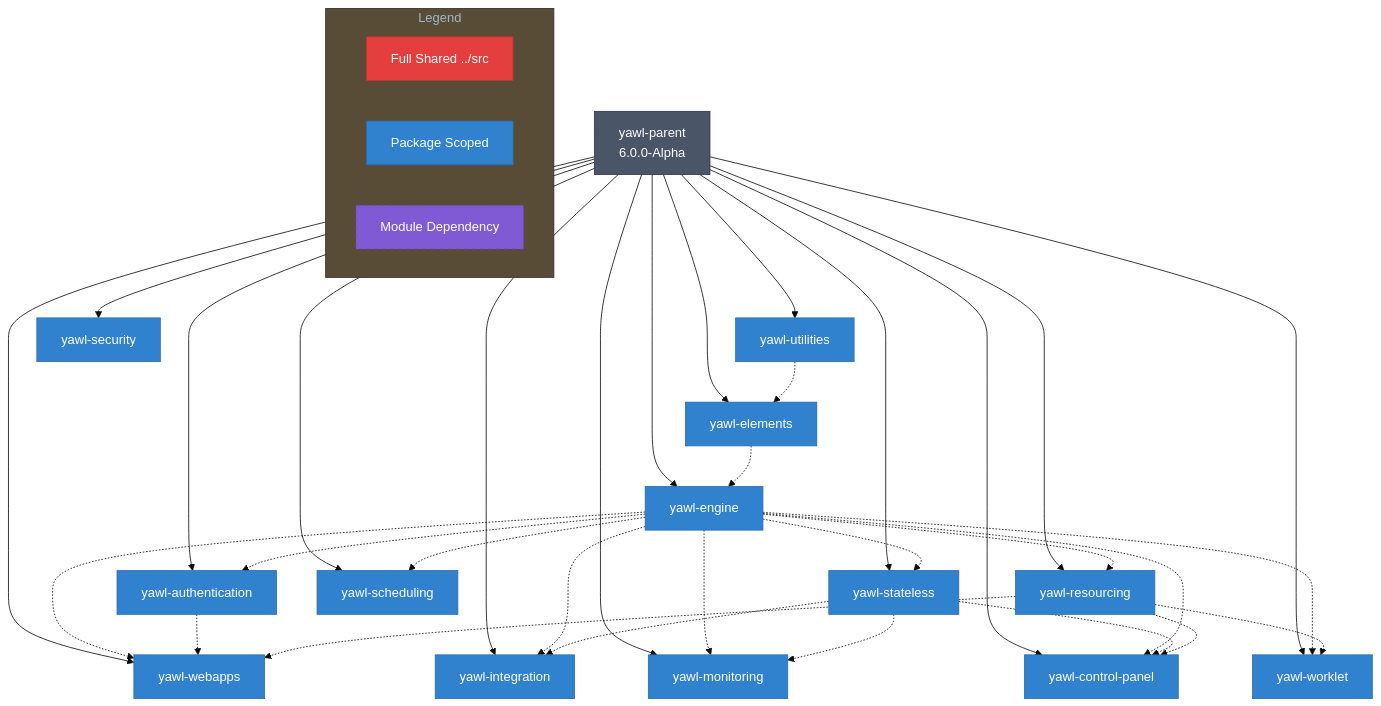
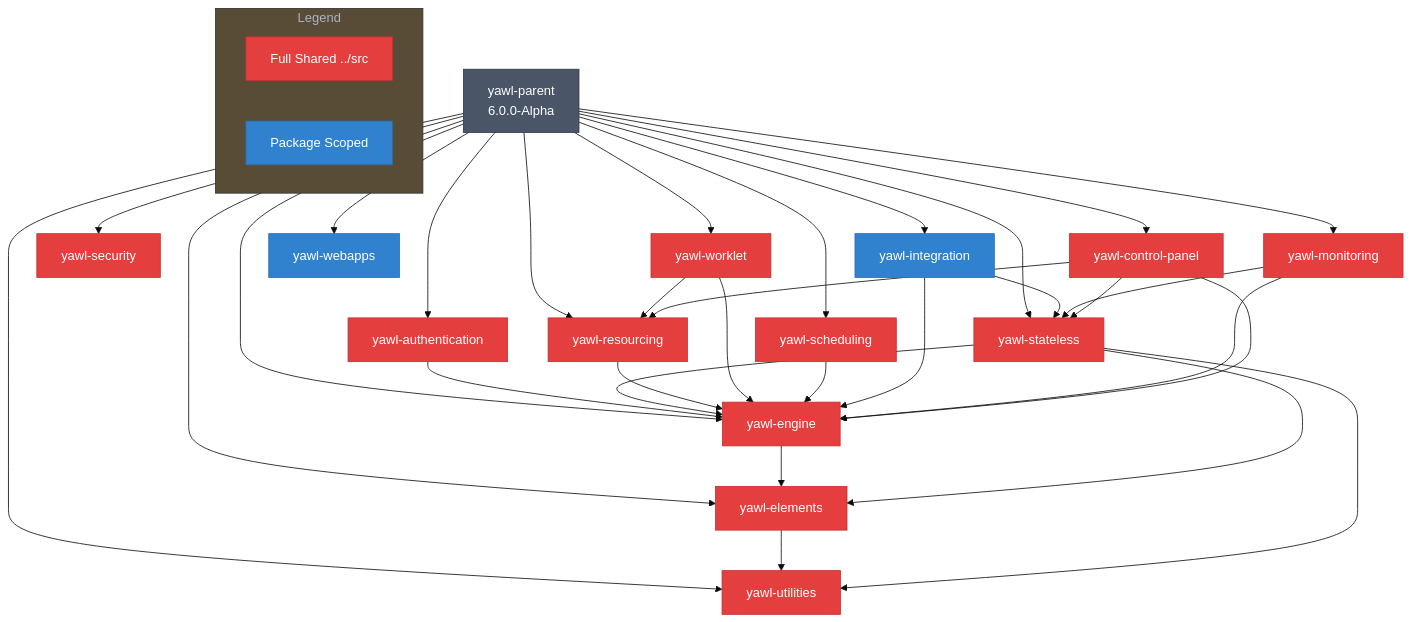
The diagram in docs/v6/latest/diagrams/10-maven-reactor.mmd (seanchatmangpt/yawl), drawn with Mermaid before and after one commit. The commit also changed 16 other files, not shown here.

```diff
--- a/docs/v6/latest/diagrams/10-maven-reactor.mmd
+++ b/docs/v6/latest/diagrams/10-maven-reactor.mmd
@@ -1,83 +1,62 @@
 %%{ init: { 'theme': 'base', 'themeVariables': { 'primaryColor': '#2d3748' } } }%%
 graph TD
     classDef parent fill:#4a5568,stroke:#2d3748,color:#fff
     classDef fullshared fill:#e53e3e,stroke:#c53030,color:#fff
     classDef pkgscoped fill:#3182ce,stroke:#2b6cb0,color:#fff
     classDef infra fill:#38a169,stroke:#2f855a,color:#fff
-    classDef dep fill:#805ad5,stroke:#6b46c1,color:#fff,stroke-dasharray: 5 5
 
     PARENT[yawl-parent<br/>6.0.0-Alpha]:::parent
 
-    yawl_utilities[yawl-utilities]:::pkgscoped
-    yawl_elements[yawl-elements]:::pkgscoped
-    yawl_authentication[yawl-authentication]:::pkgscoped
-    yawl_engine[yawl-engine]:::pkgscoped
-    yawl_stateless[yawl-stateless]:::pkgscoped
-    yawl_resourcing[yawl-resourcing]:::pkgscoped
-    yawl_worklet[yawl-worklet]:::pkgscoped
-    yawl_scheduling[yawl-scheduling]:::pkgscoped
-    yawl_security[yawl-security]:::pkgscoped
+    yawl_utilities[yawl-utilities]:::fullshared
+    yawl_elements[yawl-elements]:::fullshared
+    yawl_authentication[yawl-authentication]:::fullshared
+    yawl_engine[yawl-engine]:::fullshared
+    yawl_stateless[yawl-stateless]:::fullshared
+    yawl_resourcing[yawl-resourcing]:::fullshared
+    yawl_worklet[yawl-worklet]:::fullshared
+    yawl_scheduling[yawl-scheduling]:::fullshared
+    yawl_security[yawl-security]:::fullshared
     yawl_integration[yawl-integration]:::pkgscoped
-    yawl_monitoring[yawl-monitoring]:::pkgscoped
+    yawl_monitoring[yawl-monitoring]:::fullshared
     yawl_webapps[yawl-webapps]:::pkgscoped
-    yawl_control_panel[yawl-control-panel]:::pkgscoped
+    yawl_control_panel[yawl-control-panel]:::fullshared
 
     %% Reactor ordering (parent -> all modules)
     PARENT --> yawl_utilities
     PARENT --> yawl_elements
     PARENT --> yawl_authentication
     PARENT --> yawl_engine
     PARENT --> yawl_stateless
     PARENT --> yawl_resourcing
     PARENT --> yawl_worklet
     PARENT --> yawl_scheduling
     PARENT --> yawl_security
     PARENT --> yawl_integration
     PARENT --> yawl_monitoring
     PARENT --> yawl_webapps
     PARENT --> yawl_control_panel
 
-    %% Inter-module dependencies (arrows point FROM dependency TO dependent module)
-    %% Layer 1: Base utilities (no YAWL deps)
-    %% yawl-utilities is standalone
-
-    %% Layer 2: Elements depends on utilities
-    yawl_utilities -.-> yawl_elements
-
-    %% Layer 3: Engine depends on elements (which transitively brings utilities)
-    yawl_elements -.-> yawl_engine
-
-    %% Layer 4: Modules depending on engine
-    yawl_engine -.-> yawl_authentication
-    yawl_engine -.-> yawl_stateless
-    yawl_engine -.-> yawl_resourcing
-    yawl_engine -.-> yawl_scheduling
-
-    %% Layer 5: Worklet depends on engine + resourcing
-    yawl_engine -.-> yawl_worklet
-    yawl_resourcing -.-> yawl_worklet
-
-    %% Layer 6: Integration and Monitoring depend on engine + stateless
-    yawl_engine -.-> yawl_integration
-    yawl_stateless -.-> yawl_integration
-    yawl_engine -.-> yawl_monitoring
-    yawl_stateless -.-> yawl_monitoring
-
-    %% Layer 7: Webapps (yawl-engine-webapp) depends on engine, auth, resourcing
-    yawl_engine -.-> yawl_webapps
-    yawl_authentication -.-> yawl_webapps
-    yawl_resourcing -.-> yawl_webapps
-
-    %% Layer 8: Control Panel depends on engine, stateless, resourcing
-    yawl_engine -.-> yawl_control_panel
-    yawl_stateless -.-> yawl_control_panel
-    yawl_resourcing -.-> yawl_control_panel
-
-    %% Security is standalone (no YAWL deps)
+    %% Inter-module dependencies
+    yawl_elements --> yawl_utilities
+    yawl_authentication --> yawl_engine
+    yawl_engine --> yawl_elements
+    yawl_stateless --> yawl_elements
+    yawl_stateless --> yawl_engine
+    yawl_stateless --> yawl_utilities
+    yawl_resourcing --> yawl_engine
+    yawl_worklet --> yawl_engine
+    yawl_worklet --> yawl_resourcing
+    yawl_scheduling --> yawl_engine
+    yawl_integration --> yawl_engine
+    yawl_integration --> yawl_stateless
+    yawl_monitoring --> yawl_engine
+    yawl_monitoring --> yawl_stateless
+    yawl_control_panel --> yawl_engine
+    yawl_control_panel --> yawl_resourcing
+    yawl_control_panel --> yawl_stateless
 
     %% Legend
     subgraph Legend
         L1[Full Shared ../src]:::fullshared
         L2[Package Scoped]:::pkgscoped
-        L3[Module Dependency]:::dep
     end
```
